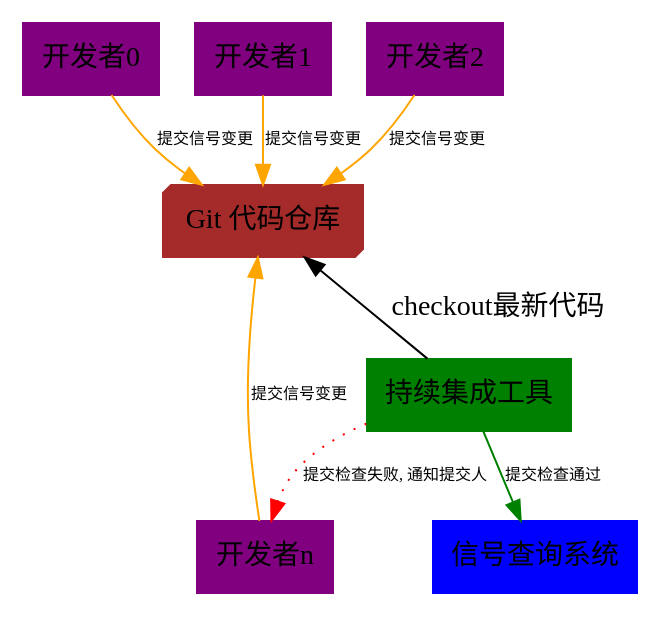
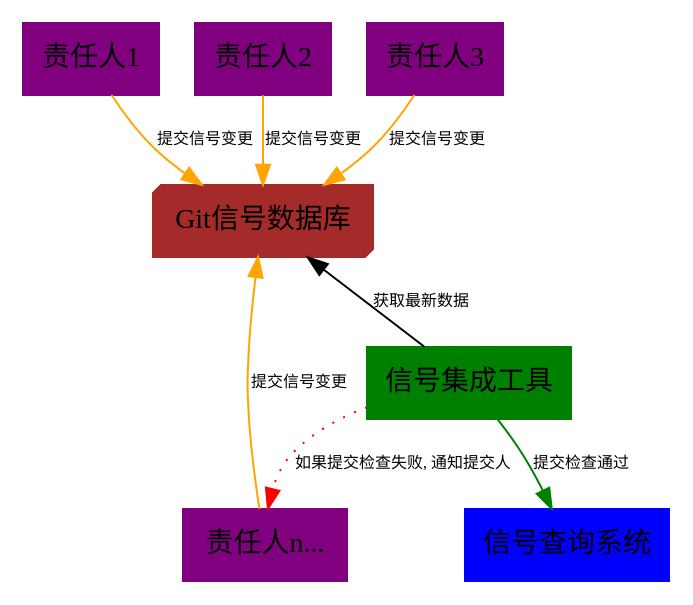
One commit to williamjoy/helloworld changed the diagram in team.dot. Above: the diagram before and after it, drawn with Graphviz. The commit also changed 1 other file, not shown here.

```diff
--- a/team.dot
+++ b/team.dot
@@ -1,16 +1,16 @@
 digraph G {
 	graph [layout=dot rankdir=TB]
 	node [shape=box, style=filled]
-    developer0 [color=purple, label="开发者0"]    
-    developer1 [color=purple, label="开发者1"]    
-    developer2 [color=purple, label="开发者2"]    
-    developer3 [color=purple, label="开发者n"]    
-    git [shape=box3d, color=brown, label="Git 代码仓库"]
-    jenkins [label="持续集成工具", color=green]
+    developer0 [color=purple, label="责任人1"]    
+    developer1 [color=purple, label="责任人2"]    
+    developer2 [color=purple, label="责任人3"]    
+    developer3 [color=purple, label="责任人n..."]    
+    git [shape=box3d, color=brown, label="Git信号数据库"]
+    jenkins [label="信号集成工具", color=green]
     {developer0 developer1 developer2 developer3 } -> git  [label="提交信号变更", fontsize=8, color=orange]
-    git -> jenkins [label="checkout最新代码", dir=back]
+    git -> jenkins [label="获取最新数据", dir=back, fontsize=8]
     query_system [color=blue, label="信号查询系统"]
     jenkins  -> query_system [label="提交检查通过", fontsize=8, color=green]
-    jenkins  -> developer3 [label="提交检查失败, 通知提交人", fontsize=8, color=red, style=dotted]
+    jenkins  -> developer3 [label="如果提交检查失败, 通知提交人", fontsize=8, color=red, style=dotted]
     
 }
```
